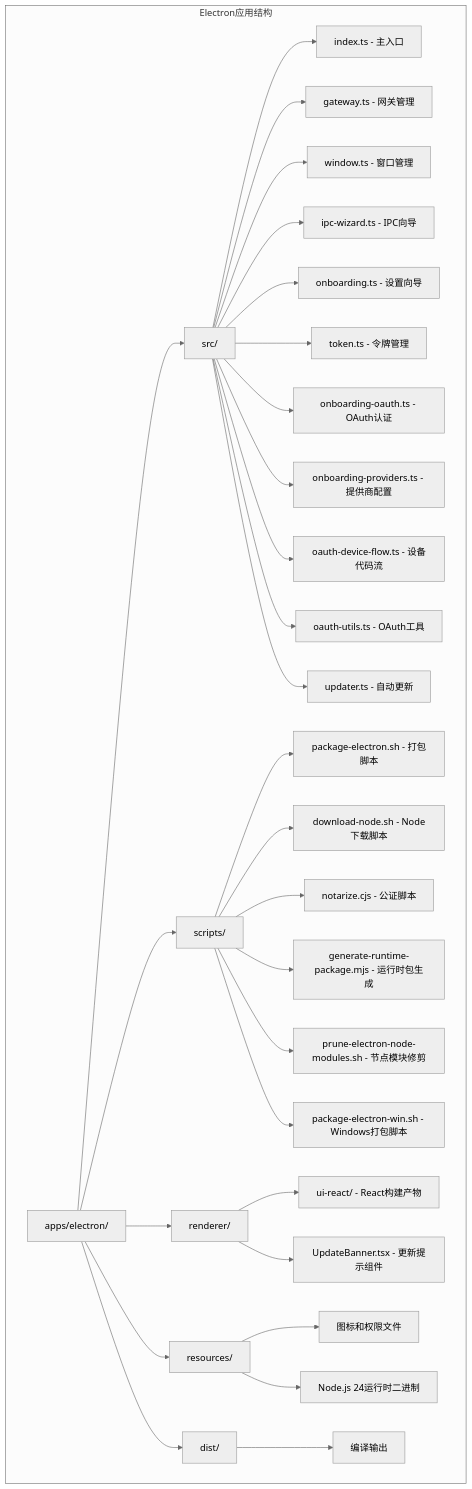
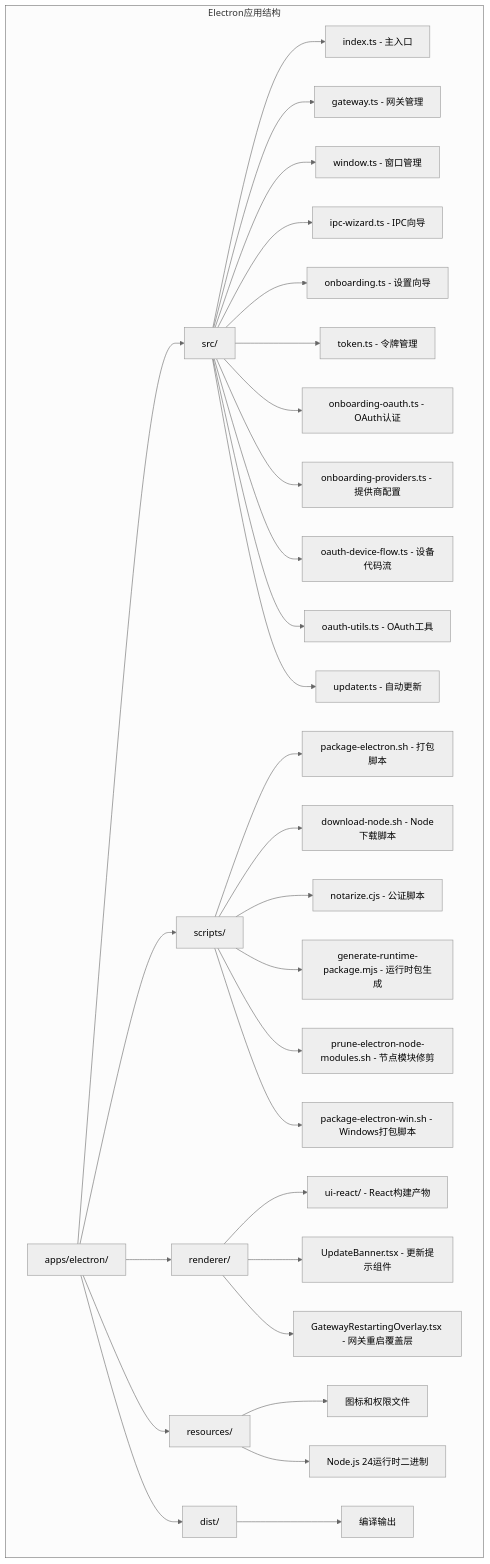
One commit to verse-ai-org/openclaw changed the first of 57 diagrams in .qoder/repowiki/zh/content/核心概念/Electron应用增强.md. Above: the diagram before and after it, drawn with Mermaid (neutral theme). The commit also changed other lines of this file and 19 other files, not shown here.

````diff
--- a/.qoder/repowiki/zh/content/核心概念/Electron应用增强.md
+++ b/.qoder/repowiki/zh/content/核心概念/Electron应用增强.md
@@ -98,32 +103,33 @@
 ```mermaid
 graph TB
 subgraph "Electron应用结构"
 A[apps/electron/] --> B[src/]
 A --> C[renderer/]
 A --> D[resources/]
 A --> E[dist/]
 A --> F[scripts/]
 B --> G[index.ts - 主入口]
 B --> H[gateway.ts - 网关管理]
 B --> I[window.ts - 窗口管理]
 B --> J[ipc-wizard.ts - IPC向导]
 B --> K[onboarding.ts - 设置向导]
 B --> L[token.ts - 令牌管理]
 B --> M[onboarding-oauth.ts - OAuth认证]
 B --> N[onboarding-providers.ts - 提供商配置]
 B --> O[oauth-device-flow.ts - 设备代码流]
 B --> P[oauth-utils.ts - OAuth工具]
 B --> Q[updater.ts - 自动更新]
 F --> R[package-electron.sh - 打包脚本]
 F --> S[download-node.sh - Node下载脚本]
 F --> T[notarize.cjs - 公证脚本]
 F --> U[generate-runtime-package.mjs - 运行时包生成]
 F --> V[prune-electron-node-modules.sh - 节点模块修剪]
 F --> W[package-electron-win.sh - Windows打包脚本]
 C --> X[ui-react/ - React构建产物]
 C --> Y[UpdateBanner.tsx - 更新提示组件]
-D --> Z[图标和权限文件]
-D --> AA[Node.js 24运行时二进制]
-E --> AB[编译输出]
+C --> Z[GatewayRestartingOverlay.tsx - 网关重启覆盖层]
+D --> AA[图标和权限文件]
+D --> BB[Node.js 24运行时二进制]
+E --> CC[编译输出]
 end
 ```
````
